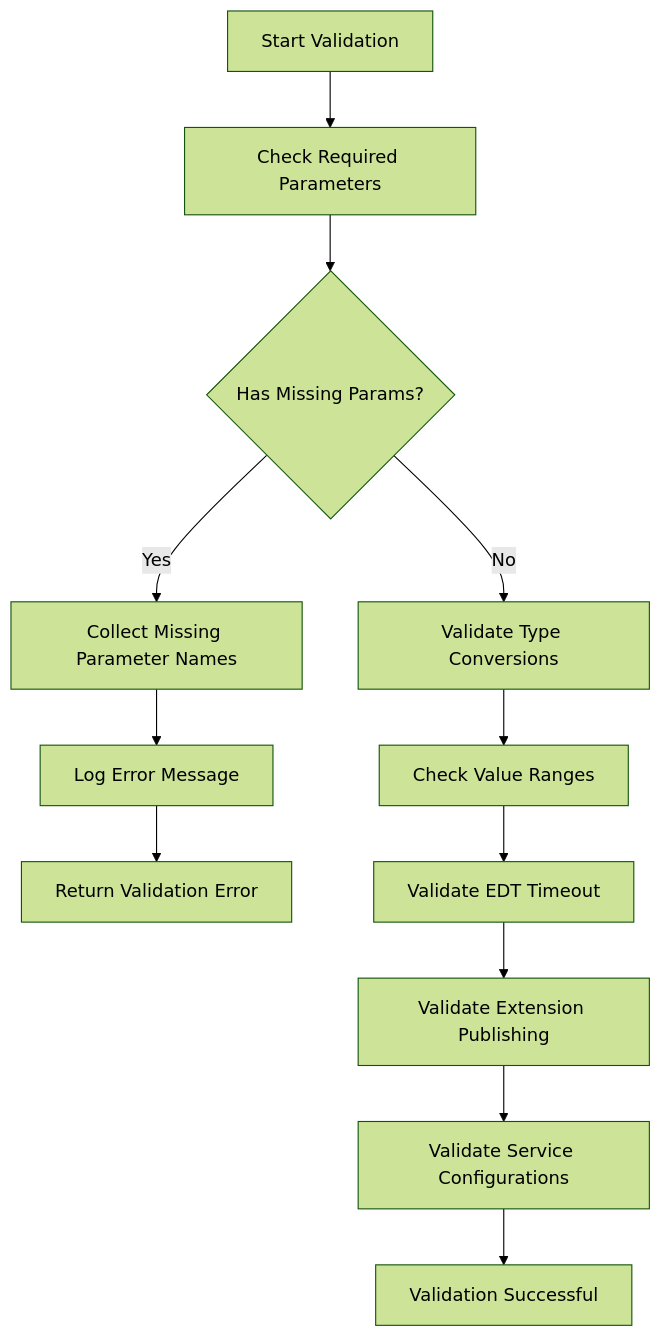
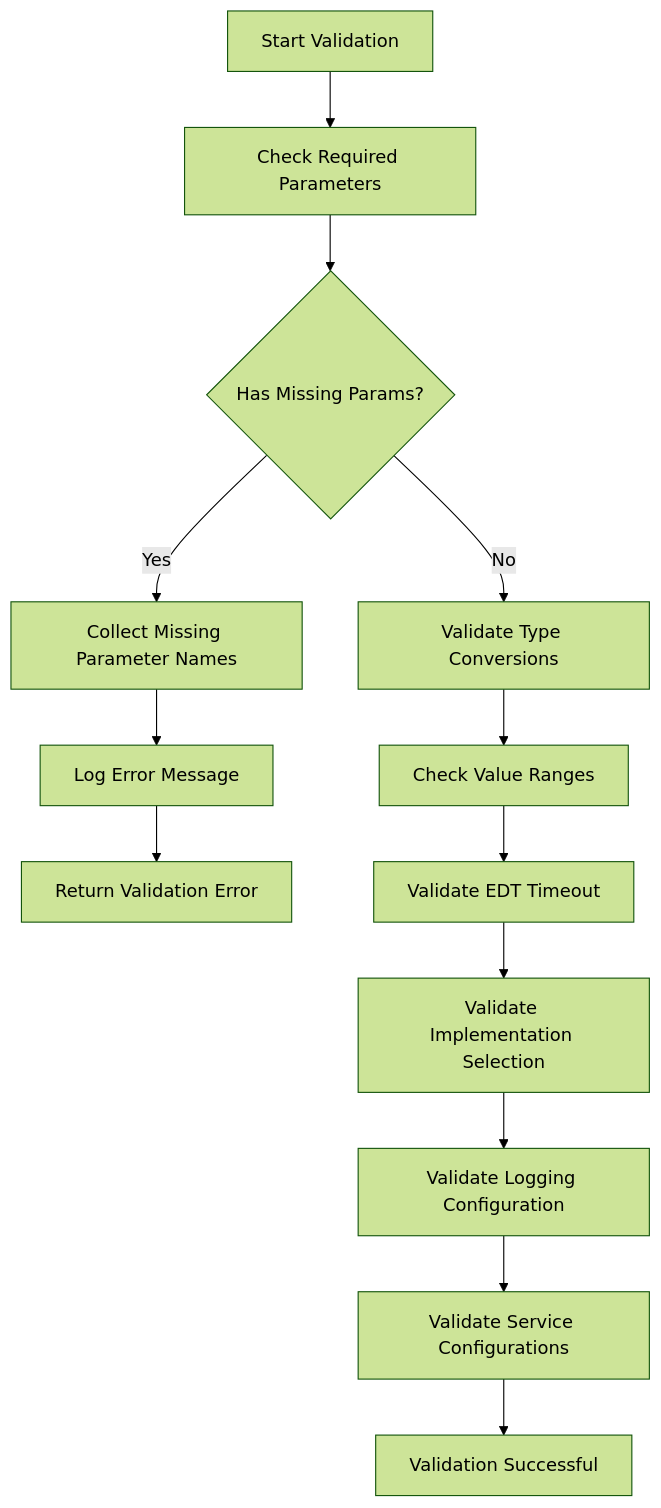
One commit to Kargones/apk-ci changed the fourth of 5 diagrams in .qoder/repowiki/en/content/Configuration Management/Configuration Management.md. Above: the diagram before and after it, drawn with Mermaid (forest theme). The commit also changed other lines of this file and 2036 other files, not shown here.

````diff
--- a/.qoder/repowiki/en/content/Configuration Management/Configuration Management.md
+++ b/.qoder/repowiki/en/content/Configuration Management/Configuration Management.md
@@ -364,14 +426,15 @@
 ```mermaid
 flowchart TD
 Start["Start Validation"] --> CheckRequired["Check Required Parameters"]
 CheckRequired --> HasMissing{"Has Missing Params?"}
 HasMissing --> |Yes| CollectErrors["Collect Missing Parameter Names"]
 CollectErrors --> LogError["Log Error Message"]
 LogError --> ReturnError["Return Validation Error"]
 HasMissing --> |No| ValidateTypes["Validate Type Conversions"]
 ValidateTypes --> CheckRanges["Check Value Ranges"]
 CheckRanges --> ValidateEdtTimeout["Validate EDT Timeout"]
-ValidateEdtTimeout --> ValidateExtensionPublish["Validate Extension Publishing"]
-ValidateExtensionPublish --> ValidateServices["Validate Service Configurations"]
+ValidateEdtTimeout --> ValidateImplementations["Validate Implementation Selection"]
+ValidateImplementations --> ValidateLogging["Validate Logging Configuration"]
+ValidateLogging --> ValidateServices["Validate Service Configurations"]
 ValidateServices --> Success["Validation Successful"]
 ```
````
